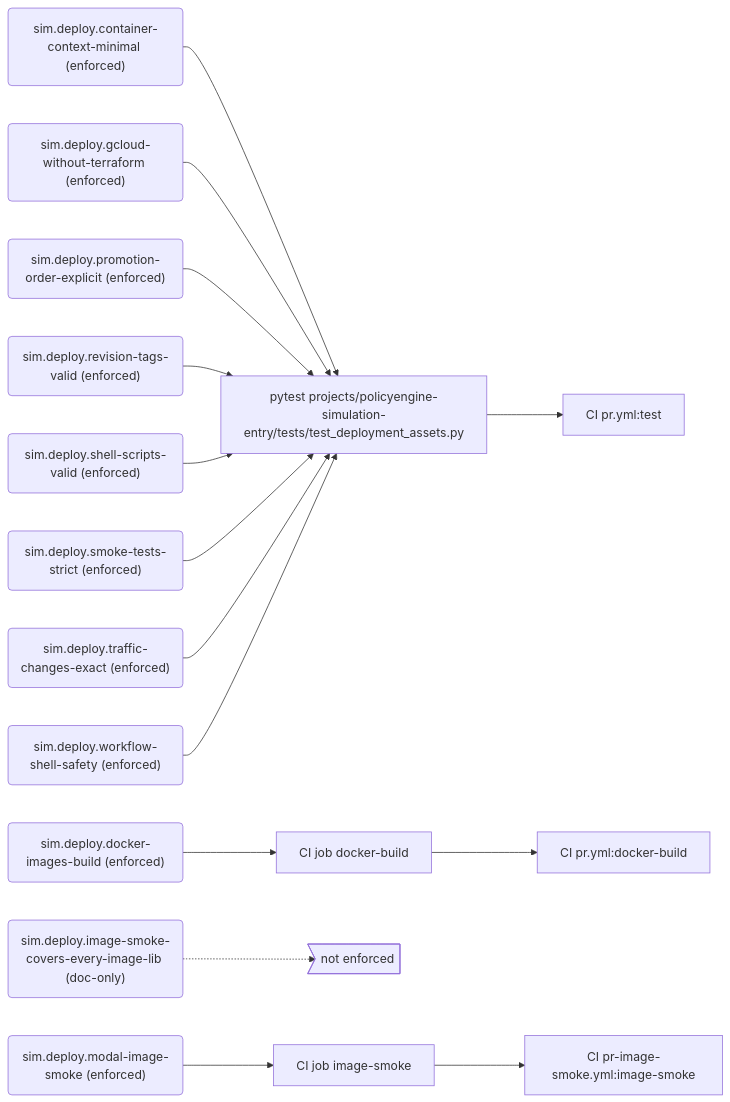
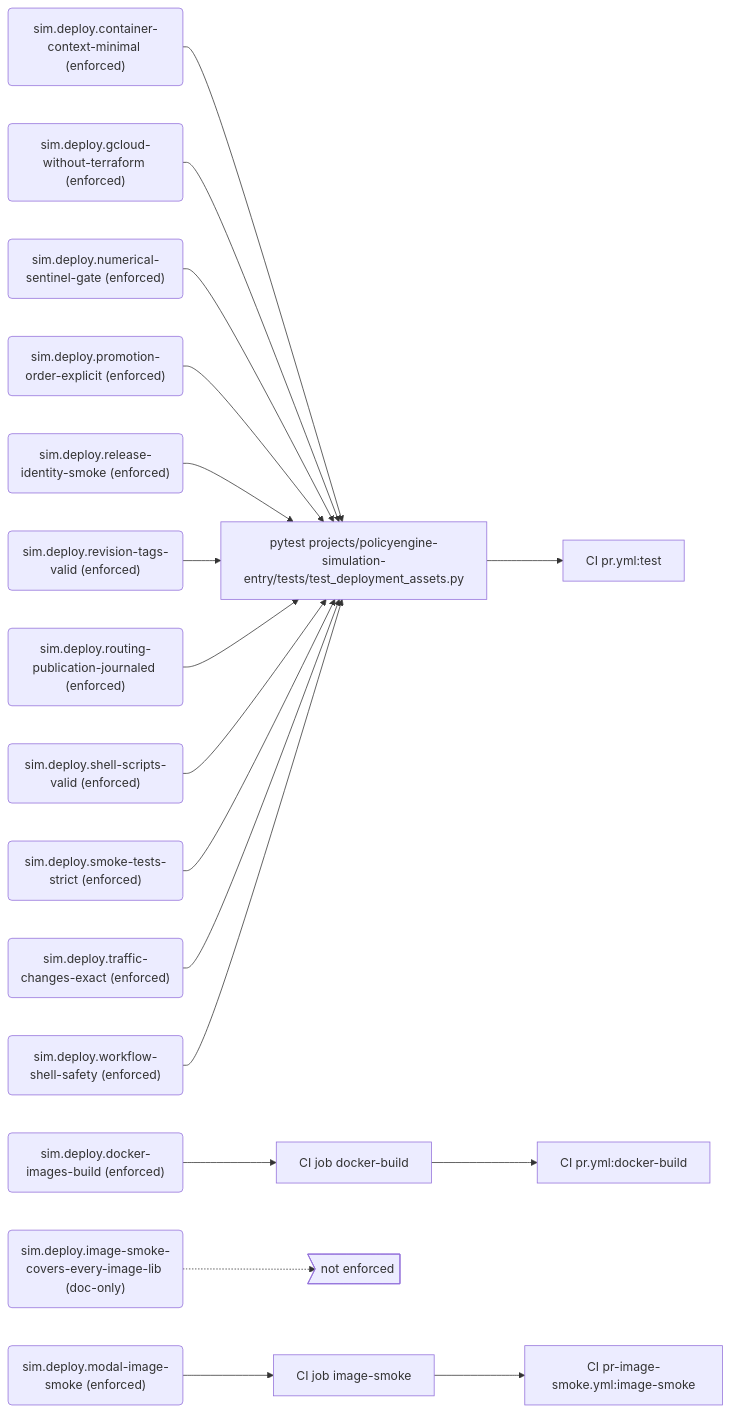
One commit to PolicyEngine/policyengine-sim-api changed the third of 7 diagrams in docs/generated/rules.md. Above: the diagram before and after it, drawn with Mermaid. The commit also changed other lines of this file and 2 other files, not shown here.

First line of the commit message:
Register the deploy tests #743 and #744 added

````diff
--- a/docs/generated/rules.md
+++ b/docs/generated/rules.md
@@ -137,35 +143,41 @@
 ```mermaid
 flowchart LR
   r_sim_deploy_container_context_minimal("sim.deploy.container-context-minimal (enforced)")
   e_pytest_projects_policyengine_simulation_entry_tests_test_deployment_assets_py["pytest projects/policyengine-simulation-entry/tests/test_deployment_assets.py"]
   j_CI_pr_yml_test["CI pr.yml:test"]
   r_sim_deploy_docker_images_build("sim.deploy.docker-images-build (enforced)")
   e_CI_job_docker_build["CI job docker-build"]
   j_CI_pr_yml_docker_build["CI pr.yml:docker-build"]
   r_sim_deploy_gcloud_without_terraform("sim.deploy.gcloud-without-terraform (enforced)")
   r_sim_deploy_image_smoke_covers_every_image_lib("sim.deploy.image-smoke-covers-every-image-lib (doc-only)")
   gap_unenforced>"not enforced"]
   r_sim_deploy_modal_image_smoke("sim.deploy.modal-image-smoke (enforced)")
   e_CI_job_image_smoke["CI job image-smoke"]
   j_CI_pr_image_smoke_yml_image_smoke["CI pr-image-smoke.yml:image-smoke"]
+  r_sim_deploy_numerical_sentinel_gate("sim.deploy.numerical-sentinel-gate (enforced)")
   r_sim_deploy_promotion_order_explicit("sim.deploy.promotion-order-explicit (enforced)")
+  r_sim_deploy_release_identity_smoke("sim.deploy.release-identity-smoke (enforced)")
   r_sim_deploy_revision_tags_valid("sim.deploy.revision-tags-valid (enforced)")
+  r_sim_deploy_routing_publication_journaled("sim.deploy.routing-publication-journaled (enforced)")
   r_sim_deploy_shell_scripts_valid("sim.deploy.shell-scripts-valid (enforced)")
   r_sim_deploy_smoke_tests_strict("sim.deploy.smoke-tests-strict (enforced)")
   r_sim_deploy_traffic_changes_exact("sim.deploy.traffic-changes-exact (enforced)")
   r_sim_deploy_workflow_shell_safety("sim.deploy.workflow-shell-safety (enforced)")
   r_sim_deploy_container_context_minimal --> e_pytest_projects_policyengine_simulation_entry_tests_test_deployment_assets_py
   e_pytest_projects_policyengine_simulation_entry_tests_test_deployment_assets_py --> j_CI_pr_yml_test
   r_sim_deploy_docker_images_build --> e_CI_job_docker_build
   e_CI_job_docker_build --> j_CI_pr_yml_docker_build
   r_sim_deploy_gcloud_without_terraform --> e_pytest_projects_policyengine_simulation_entry_tests_test_deployment_assets_py
   r_sim_deploy_image_smoke_covers_every_image_lib -.-> gap_unenforced
   r_sim_deploy_modal_image_smoke --> e_CI_job_image_smoke
   e_CI_job_image_smoke --> j_CI_pr_image_smoke_yml_image_smoke
+  r_sim_deploy_numerical_sentinel_gate --> e_pytest_projects_policyengine_simulation_entry_tests_test_deployment_assets_py
   r_sim_deploy_promotion_order_explicit --> e_pytest_projects_policyengine_simulation_entry_tests_test_deployment_assets_py
+  r_sim_deploy_release_identity_smoke --> e_pytest_projects_policyengine_simulation_entry_tests_test_deployment_assets_py
   r_sim_deploy_revision_tags_valid --> e_pytest_projects_policyengine_simulation_entry_tests_test_deployment_assets_py
+  r_sim_deploy_routing_publication_journaled --> e_pytest_projects_policyengine_simulation_entry_tests_test_deployment_assets_py
   r_sim_deploy_shell_scripts_valid --> e_pytest_projects_policyengine_simulation_entry_tests_test_deployment_assets_py
   r_sim_deploy_smoke_tests_strict --> e_pytest_projects_policyengine_simulation_entry_tests_test_deployment_assets_py
   r_sim_deploy_traffic_changes_exact --> e_pytest_projects_policyengine_simulation_entry_tests_test_deployment_assets_py
   r_sim_deploy_workflow_shell_safety --> e_pytest_projects_policyengine_simulation_entry_tests_test_deployment_assets_py
 ```
````
